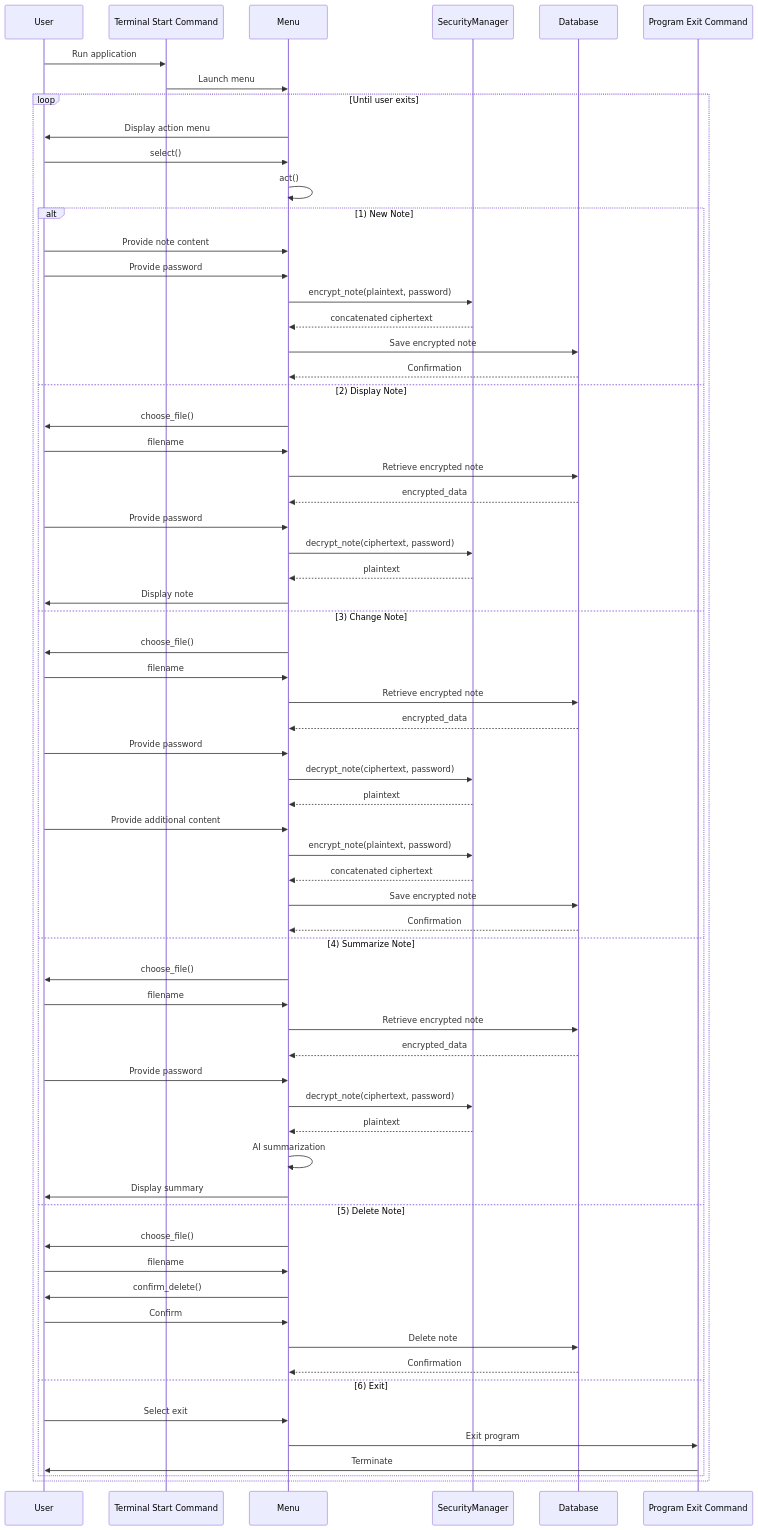
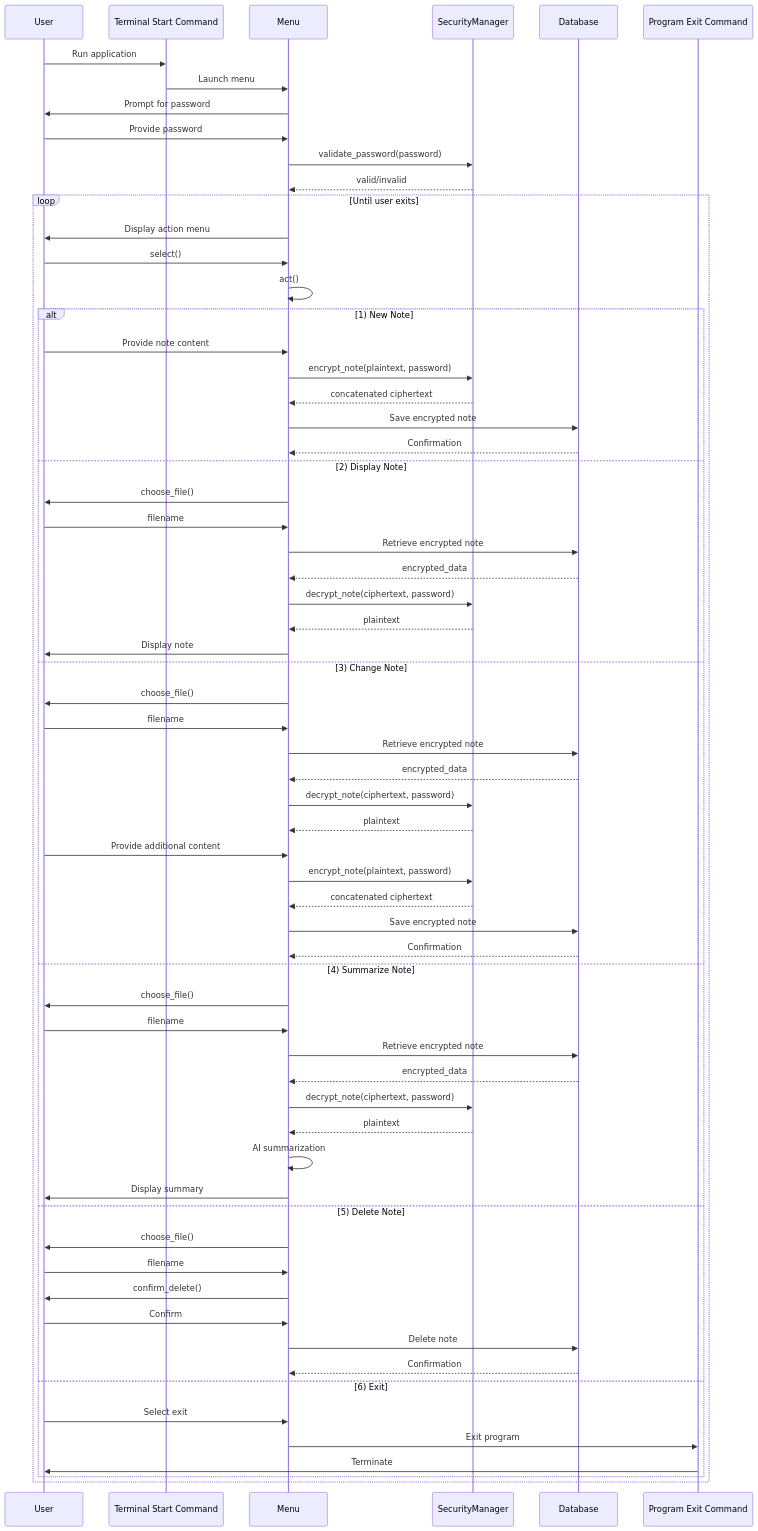
One commit to t-drape/SE300_Secure_Notes_App changed the diagram in HLD_Diagrams/SequenceDiagram.md. Above: the diagram before and after it, drawn with Mermaid.

````diff
--- a/HLD_Diagrams/SequenceDiagram.md
+++ b/HLD_Diagrams/SequenceDiagram.md
@@ -1,75 +1,75 @@
 ```mermaid
 sequenceDiagram
     participant User
     participant TSC as Terminal Start Command
     participant Menu
     participant SecurityManager
     participant Database
     participant PEC as Program Exit Command
     
     User->>TSC: Run application
     TSC->>Menu: Launch menu
+    Menu->>User: Prompt for password
+    User->>Menu: Provide password
+    Menu->>SecurityManager: validate_password(password)
+    SecurityManager-->>Menu: valid/invalid
     
     loop Until user exits
         Menu->>User: Display action menu
         User->>Menu: select()
         Menu->>Menu: act()
         
         alt 1) New Note
             User->>Menu: Provide note content
-            User->>Menu: Provide password
             Menu->>SecurityManager: encrypt_note(plaintext, password)
             SecurityManager-->>Menu: concatenated ciphertext
             Menu->>Database: Save encrypted note
             Database-->>Menu: Confirmation
 
         else 2) Display Note
             Menu->>User: choose_file()
             User->>Menu: filename
             Menu->>Database: Retrieve encrypted note
             Database-->>Menu: encrypted_data
-            User->>Menu: Provide password
             Menu->>SecurityManager: decrypt_note(ciphertext, password)
             SecurityManager-->>Menu: plaintext
             Menu->>User: Display note
 
         else 3) Change Note
             Menu->>User: choose_file()
             User->>Menu: filename
             Menu->>Database: Retrieve encrypted note
             Database-->>Menu: encrypted_data
-            User->>Menu: Provide password
             Menu->>SecurityManager: decrypt_note(ciphertext, password)
             SecurityManager-->>Menu: plaintext
             User->>Menu: Provide additional content
             Menu->>SecurityManager: encrypt_note(plaintext, password)
             SecurityManager-->>Menu: concatenated ciphertext
             Menu->>Database: Save encrypted note
             Database-->>Menu: Confirmation
 
         else 4) Summarize Note
             Menu->>User: choose_file()
             User->>Menu: filename
             Menu->>Database: Retrieve encrypted note
             Database-->>Menu: encrypted_data
-            User->>Menu: Provide password
             Menu->>SecurityManager: decrypt_note(ciphertext, password)
             SecurityManager-->>Menu: plaintext
             Menu->>Menu: AI summarization
             Menu->>User: Display summary
 
         else 5) Delete Note
             Menu->>User: choose_file()
             User->>Menu: filename
             Menu->>User: confirm_delete()
             User->>Menu: Confirm
             Menu->>Database: Delete note
             Database-->>Menu: Confirmation
 
         else 6) Exit
             User->>Menu: Select exit
             Menu->>PEC: Exit program
             PEC->>User: Terminate
         end
     end
 ```
````
